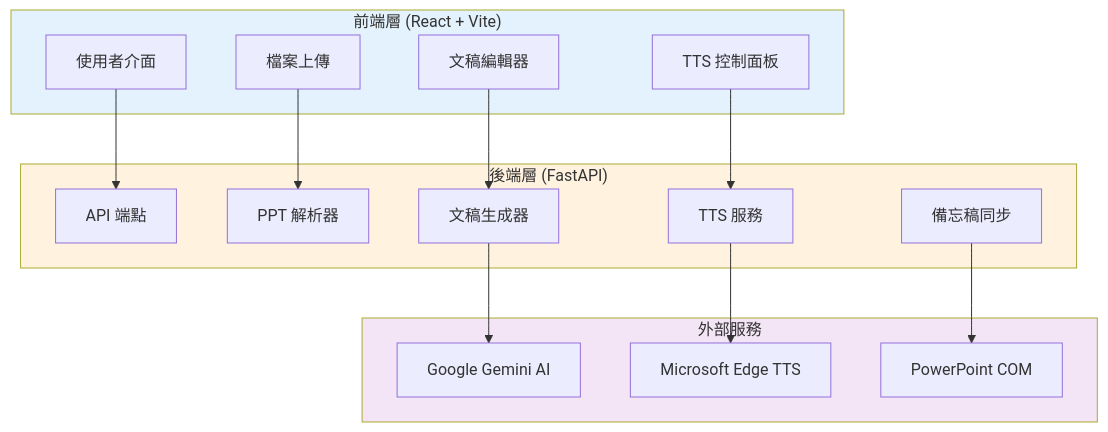
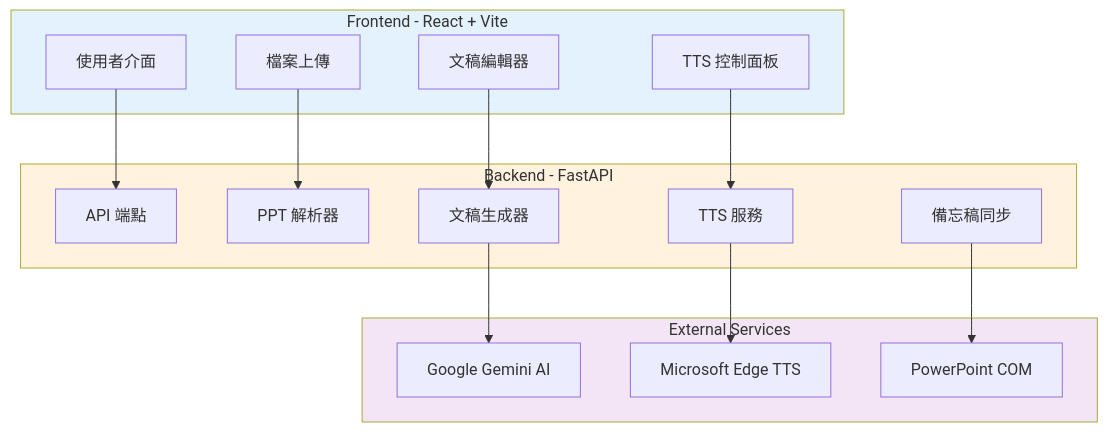
Before and after one commit to JaplinChen/PPT-Presentation-Script: the first of 2 diagrams in README.md, drawn with Mermaid.

Commit message:
fix: Fix Mermaid diagram syntax for GitHub compatibility
- Removed special characters from subgraph labels
- Simplified subgraph naming to avoid rendering errors
- Diagrams should now display correctly on GitHub

````diff
--- a/README.md
+++ b/README.md
@@ -21,36 +21,36 @@
 ```mermaid
 graph TB
-    subgraph Frontend["前端層 (React + Vite)"]
+    subgraph Frontend[Frontend - React + Vite]
         UI[使用者介面]
         Upload[檔案上傳]
         Editor[文稿編輯器]
         TTS[TTS 控制面板]
     end
     
-    subgraph Backend["後端層 (FastAPI)"]
+    subgraph Backend[Backend - FastAPI]
         API[API 端點]
         PPTParser[PPT 解析器]
         ScriptGen[文稿生成器]
         TTSService[TTS 服務]
         NotesSync[備忘稿同步]
     end
     
-    subgraph External["外部服務"]
+    subgraph External[External Services]
         Gemini[Google Gemini AI]
         EdgeTTS[Microsoft Edge TTS]
         PowerPoint[PowerPoint COM]
     end
     
     UI --> API
     Upload --> PPTParser
     Editor --> ScriptGen
     TTS --> TTSService
     
     ScriptGen --> Gemini
     TTSService --> EdgeTTS
     NotesSync --> PowerPoint
     
     style Frontend fill:#e3f2fd
     style Backend fill:#fff3e0
     style External fill:#f3e5f5
 ```
````
